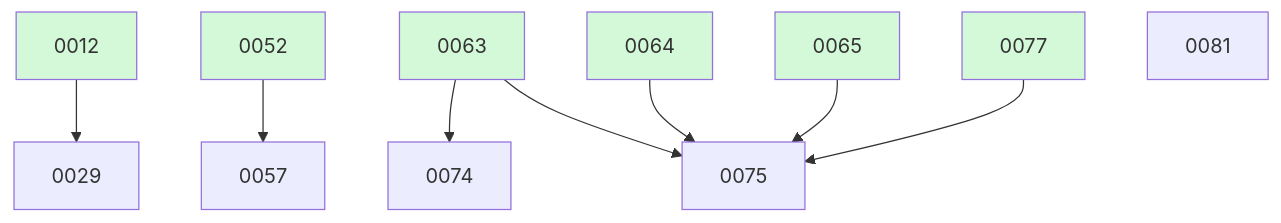
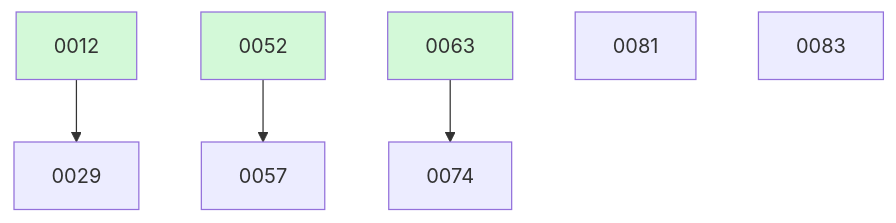
Before and after one commit to ethanhinson/fuse: the diagram in docs/changes/BOARD.md, drawn with Mermaid. The commit also changed other lines of this file, not shown here.

````diff
--- a/docs/changes/BOARD.md
+++ b/docs/changes/BOARD.md
@@ -25,18 +25,12 @@
 ```mermaid
 graph TD
   0012 --> 0029
   0052 --> 0057
   0063 --> 0074
-  0063 --> 0075
-  0064 --> 0075
-  0065 --> 0075
-  0077 --> 0075
   0081
+  0083
   0012:::done
   0052:::done
   0063:::done
-  0064:::done
-  0065:::done
-  0077:::done
   classDef done fill:#d3f9d8;
 ```
````
